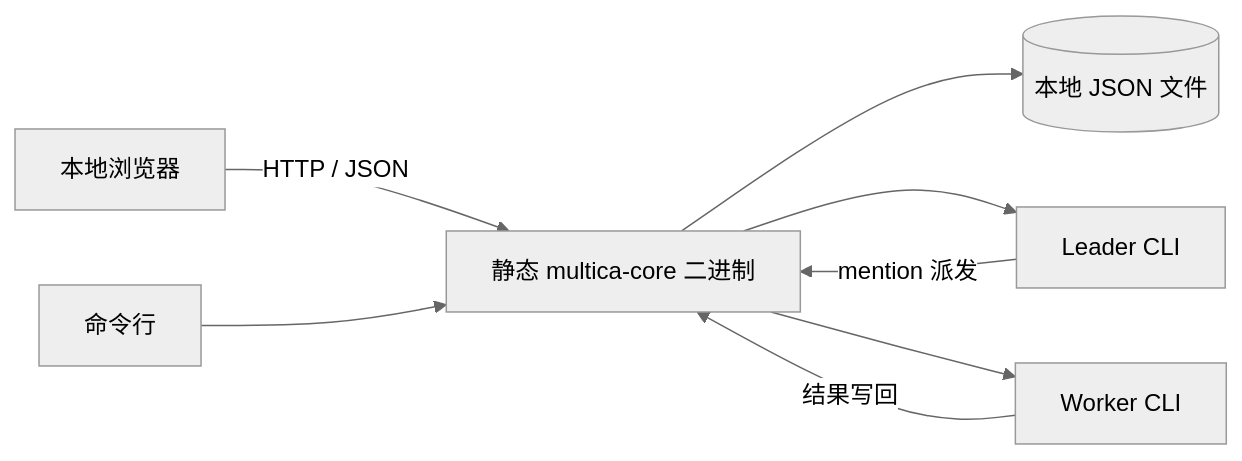
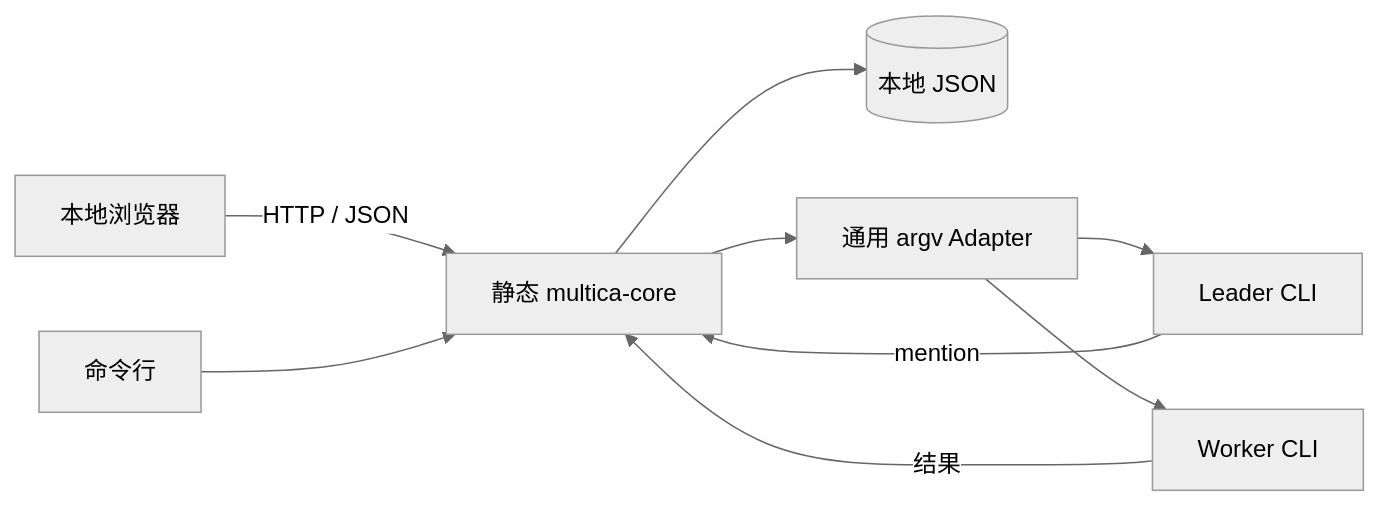
Before and after one commit to cunzai97/multica-mini: the first of 2 diagrams in docs/DESIGN.zh-CN.md, drawn with Mermaid (neutral theme). The commit also changed other lines of this file and 22 other files, not shown here.

````diff
--- a/docs/DESIGN.zh-CN.md
+++ b/docs/DESIGN.zh-CN.md
@@ -35,10 +35,11 @@
 ```mermaid
 flowchart LR
-    Browser[本地浏览器] -->|HTTP / JSON| Core[静态 multica-core 二进制]
+    Browser[本地浏览器] -->|HTTP / JSON| Core[静态 multica-core]
     CLI[命令行] --> Core
-    Core --> Store[(本地 JSON 文件)]
-    Core --> Leader[Leader CLI]
-    Core --> Worker[Worker CLI]
-    Leader -->|mention 派发| Core
-    Worker -->|结果写回| Core
+    Core --> Store[(本地 JSON)]
+    Core --> Adapter[通用 argv Adapter]
+    Adapter --> Leader[Leader CLI]
+    Adapter --> Worker[Worker CLI]
+    Leader -->|mention| Core
+    Worker -->|结果| Core
 ```
````
